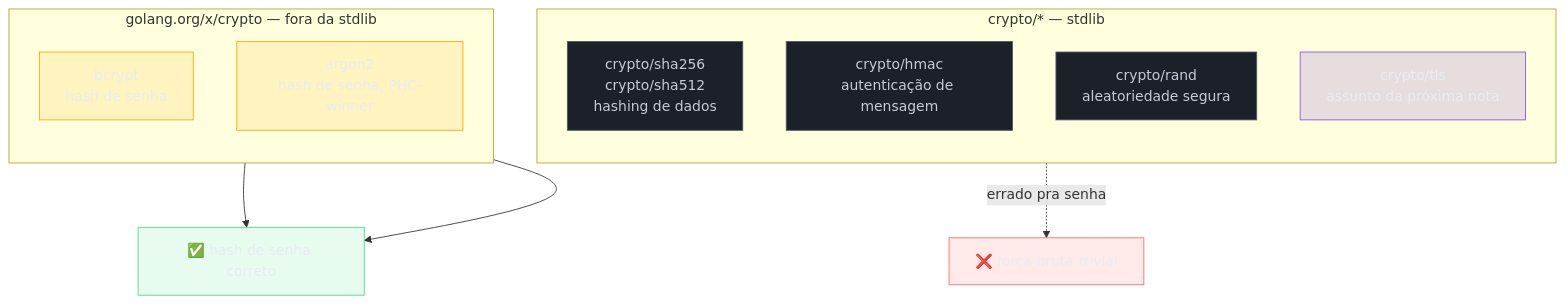
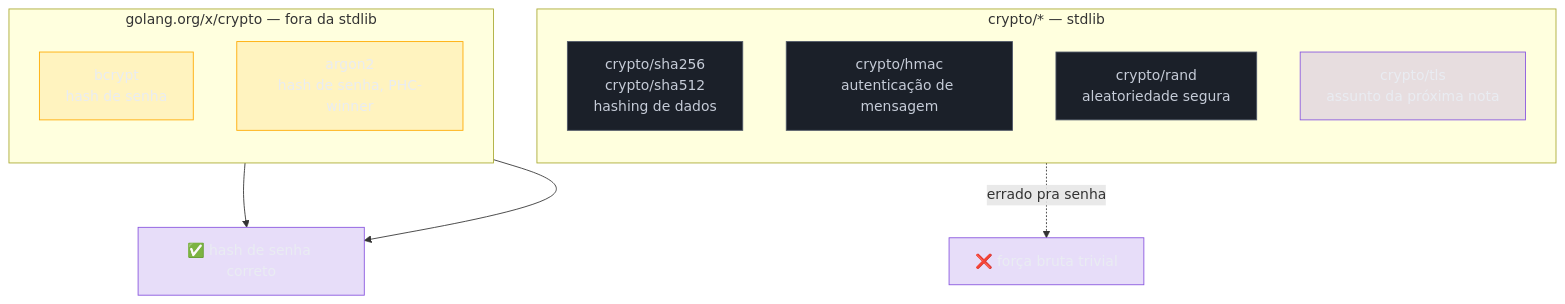
Before and after one commit to josenaldo/codex-technomanticus: the first of 2 diagrams in 03-Dominios/Tecnologia/Go/19 - Segurança/02 - crypto na stdlib.md, drawn with Mermaid. The commit also changed 601 other files, not shown here.

````diff
--- a/03-Dominios/Tecnologia/Go/19 - Segurança/02 - crypto na stdlib.md
+++ b/03-Dominios/Tecnologia/Go/19 - Segurança/02 - crypto na stdlib.md
@@ -48,33 +48,31 @@
 ```mermaid
 flowchart TB
     classDef neutro fill:#1B2029,stroke:#4E5666,color:#C6CCD8
     classDef marca fill:#8855DF33,stroke:#8855DF,color:#E9ECF2
     classDef destaque fill:#FFAA0024,stroke:#FFAA00,color:#E9ECF2
-    classDef falha fill:#FF6B6B24,stroke:#FF6B6B,color:#E9ECF2
-    classDef ok fill:#4ADE8021,stroke:#4ADE80,color:#E9ECF2
     subgraph stdlib["crypto/* — stdlib"]
         direction TB
         SHA["crypto/sha256\ncrypto/sha512\nhashing de dados"]
         HMAC["crypto/hmac\nautenticação de mensagem"]
         RAND["crypto/rand\naleatoriedade segura"]
         TLS["crypto/tls\nassunto da próxima nota"]
     end
     subgraph ext["golang.org/x/crypto — fora da stdlib"]
         direction TB
         BCRYPT["bcrypt\nhash de senha"]
         ARGON["argon2\nhash de senha, PHC-winner"]
     end
 
     SHA -.->|"errado pra senha"| X["❌ força bruta trivial"]
     BCRYPT --> OK["✅ hash de senha correto"]
     ARGON --> OK
 
     class SHA neutro
     class HMAC neutro
     class RAND neutro
     class TLS marca
     class BCRYPT destaque
     class ARGON destaque
-    class X falha
-    class OK ok
+    class X marca
+    class OK marca
 ```
````
